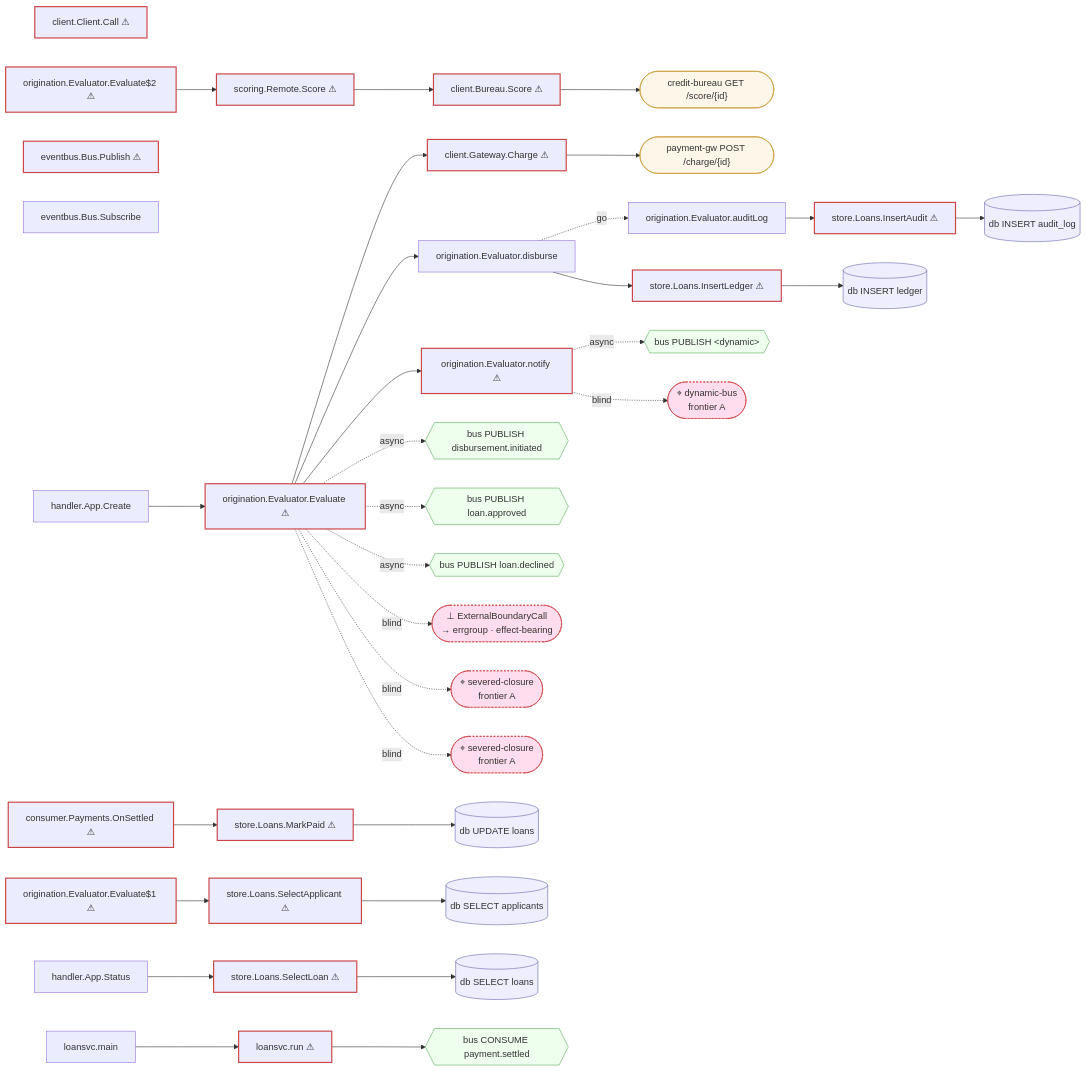
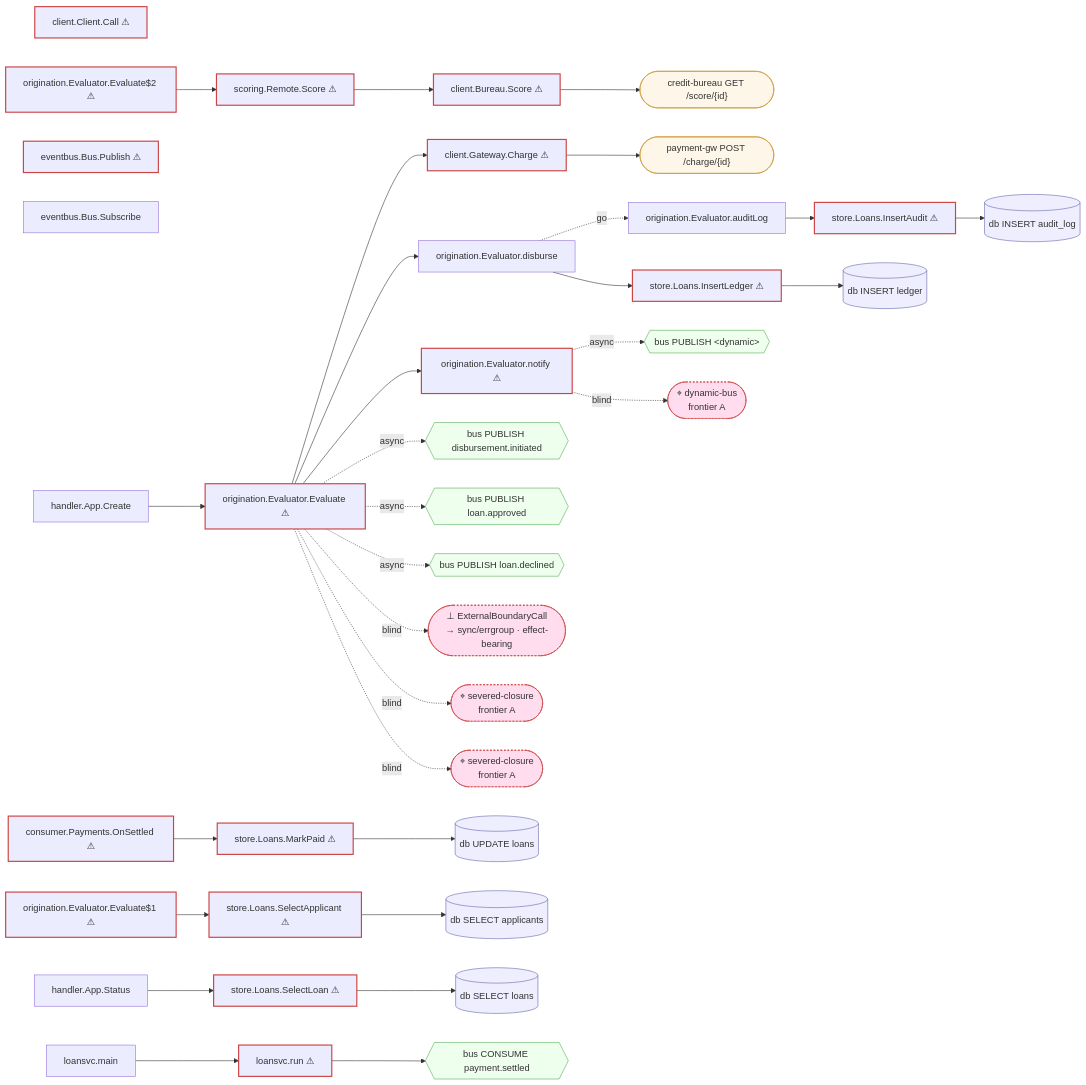
One commit to jyang234/golang-code-graph changed the diagram in testdata/groundwork/goldens/loansvc.callgraph.md. Above: the diagram before and after it, drawn with Mermaid. The commit also changed 12 other files, not shown here.

````diff
--- a/testdata/groundwork/goldens/loansvc.callgraph.md
+++ b/testdata/groundwork/goldens/loansvc.callgraph.md
@@ -1,77 +1,77 @@
 ```mermaid
 flowchart LR
     %% static call graph — scope: whole graph; algo: rta
     %% 17 first-party nodes above tier 2 hidden as plumbing; pass --show-plumbing to include
     client_Bureau_Score["client.Bureau.Score ⚠"]:::fallible
     client_Client_Call["client.Client.Call ⚠"]:::fallible
     client_Gateway_Charge["client.Gateway.Charge ⚠"]:::fallible
     consumer_Payments_OnSettled["consumer.Payments.OnSettled ⚠"]:::fallible
     eventbus_Bus_Publish["eventbus.Bus.Publish ⚠"]:::fallible
     eventbus_Bus_Subscribe["eventbus.Bus.Subscribe"]
     handler_App_Create["handler.App.Create"]
     handler_App_Status["handler.App.Status"]
     origination_Evaluator_Evaluate["origination.Evaluator.Evaluate ⚠"]:::fallible
     origination_Evaluator_Evaluate_1["origination.Evaluator.Evaluate$1 ⚠"]:::fallible
     origination_Evaluator_Evaluate_2["origination.Evaluator.Evaluate$2 ⚠"]:::fallible
     origination_Evaluator_auditLog["origination.Evaluator.auditLog"]
     origination_Evaluator_disburse["origination.Evaluator.disburse"]
     origination_Evaluator_notify["origination.Evaluator.notify ⚠"]:::fallible
     scoring_Remote_Score["scoring.Remote.Score ⚠"]:::fallible
     store_Loans_InsertAudit["store.Loans.InsertAudit ⚠"]:::fallible
     store_Loans_InsertLedger["store.Loans.InsertLedger ⚠"]:::fallible
     store_Loans_MarkPaid["store.Loans.MarkPaid ⚠"]:::fallible
     store_Loans_SelectApplicant["store.Loans.SelectApplicant ⚠"]:::fallible
     store_Loans_SelectLoan["store.Loans.SelectLoan ⚠"]:::fallible
     loansvc_main["loansvc.main"]
     loansvc_run["loansvc.run ⚠"]:::fallible
     external_credit_bureau_GET__score__id_(["credit-bureau GET /score/{id}"]):::external
     external_payment_gw_POST__charge__id_(["payment-gw POST /charge/{id}"]):::external
     bus_bus_PUBLISH_disbursement_initiated{{"bus PUBLISH disbursement.initiated"}}:::bus
     bus_bus_PUBLISH_loan_approved{{"bus PUBLISH loan.approved"}}:::bus
     bus_bus_PUBLISH_loan_declined{{"bus PUBLISH loan.declined"}}:::bus
     bus_bus_PUBLISH__dynamic_{{"bus PUBLISH &lt;dynamic&gt;"}}:::bus
     db_db_INSERT_audit_log[("db INSERT audit_log")]:::db
     db_db_INSERT_ledger[("db INSERT ledger")]:::db
     db_db_UPDATE_loans[("db UPDATE loans")]:::db
     db_db_SELECT_applicants[("db SELECT applicants")]:::db
     db_db_SELECT_loans[("db SELECT loans")]:::db
     bus_bus_CONSUME_payment_settled{{"bus CONSUME payment.settled"}}:::bus
-    blind_ExternalBoundaryCall(["⊥ ExternalBoundaryCall<br/>→ errgroup · effect-bearing"]):::blind
+    blind_ExternalBoundaryCall(["⊥ ExternalBoundaryCall<br/>→ sync/errgroup · effect-bearing"]):::blind
     frontier_dynamic_bus(["⌖ dynamic-bus<br/>frontier A"]):::blind
     frontier_severed_closure(["⌖ severed-closure<br/>frontier A"]):::blind
     frontier_severed_closure1(["⌖ severed-closure<br/>frontier A"]):::blind
     client_Bureau_Score --> external_credit_bureau_GET__score__id_
     client_Gateway_Charge --> external_payment_gw_POST__charge__id_
     consumer_Payments_OnSettled --> store_Loans_MarkPaid
     handler_App_Create --> origination_Evaluator_Evaluate
     handler_App_Status --> store_Loans_SelectLoan
     origination_Evaluator_Evaluate --> client_Gateway_Charge
     origination_Evaluator_Evaluate --> origination_Evaluator_disburse
     origination_Evaluator_Evaluate --> origination_Evaluator_notify
     origination_Evaluator_Evaluate -. async .-> bus_bus_PUBLISH_disbursement_initiated
     origination_Evaluator_Evaluate -. async .-> bus_bus_PUBLISH_loan_approved
     origination_Evaluator_Evaluate -. async .-> bus_bus_PUBLISH_loan_declined
     origination_Evaluator_Evaluate_1 --> store_Loans_SelectApplicant
     origination_Evaluator_Evaluate_2 --> scoring_Remote_Score
     origination_Evaluator_auditLog --> store_Loans_InsertAudit
     origination_Evaluator_disburse -. go .-> origination_Evaluator_auditLog
     origination_Evaluator_disburse --> store_Loans_InsertLedger
     origination_Evaluator_notify -. async .-> bus_bus_PUBLISH__dynamic_
     scoring_Remote_Score --> client_Bureau_Score
     store_Loans_InsertAudit --> db_db_INSERT_audit_log
     store_Loans_InsertLedger --> db_db_INSERT_ledger
     store_Loans_MarkPaid --> db_db_UPDATE_loans
     store_Loans_SelectApplicant --> db_db_SELECT_applicants
     store_Loans_SelectLoan --> db_db_SELECT_loans
     loansvc_main --> loansvc_run
     loansvc_run --> bus_bus_CONSUME_payment_settled
     origination_Evaluator_Evaluate -. blind .-> blind_ExternalBoundaryCall
     origination_Evaluator_notify -. blind .-> frontier_dynamic_bus
     origination_Evaluator_Evaluate -. blind .-> frontier_severed_closure
     origination_Evaluator_Evaluate -. blind .-> frontier_severed_closure1
     classDef fallible stroke:#c44,stroke-width:2px
     classDef db fill:#eef,stroke:#66a
     classDef bus fill:#efe,stroke:#5a5
     classDef external fill:#fef6e8,stroke:#c93
     classDef blind fill:#fde,stroke:#c33,stroke-dasharray:3 3
 ```
````
